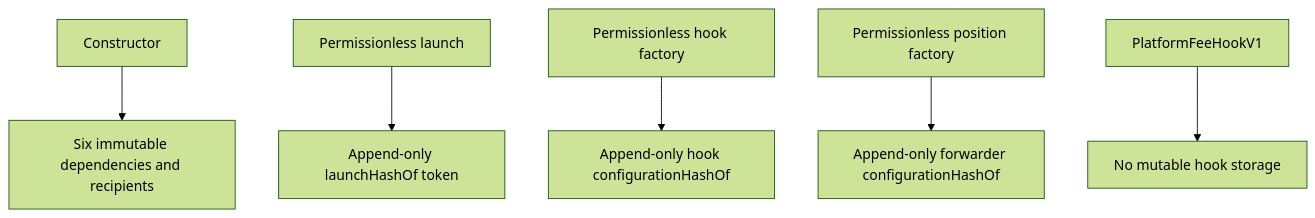
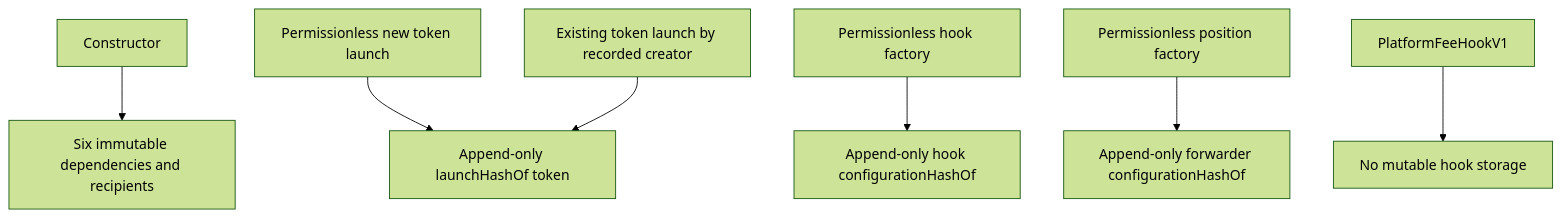
Before and after one commit to 0xprogrammable/PROGRAMMABLE: the diagram in contracts/security/diagrams/state-authorization.md, drawn with Mermaid (forest theme). The commit also changed other lines of this file and 23 other files, not shown here.

Commit message:
Add existing UERC20 launch path

````diff
--- a/contracts/security/diagrams/state-authorization.md
+++ b/contracts/security/diagrams/state-authorization.md
@@ -9,19 +9,21 @@
 ```mermaid
 flowchart TD
     Constructor[Constructor]
     Immutables[Six immutable dependencies and recipients]
-    Launch[Permissionless launch]
+    NewLaunch[Permissionless new token launch]
+    ExistingLaunch[Existing token launch by recorded creator]
     LaunchHash[Append-only launchHashOf token]
     HookFactory[Permissionless hook factory]
     HookRecord[Append-only hook configurationHashOf]
     PositionFactory[Permissionless position factory]
     PositionRecord[Append-only forwarder configurationHashOf]
     Hook[PlatformFeeHookV1]
     NoStorage[No mutable hook storage]
 
     Constructor --> Immutables
-    Launch --> LaunchHash
+    NewLaunch --> LaunchHash
+    ExistingLaunch --> LaunchHash
     HookFactory --> HookRecord
     PositionFactory --> PositionRecord
     Hook --> NoStorage
 ```
````
